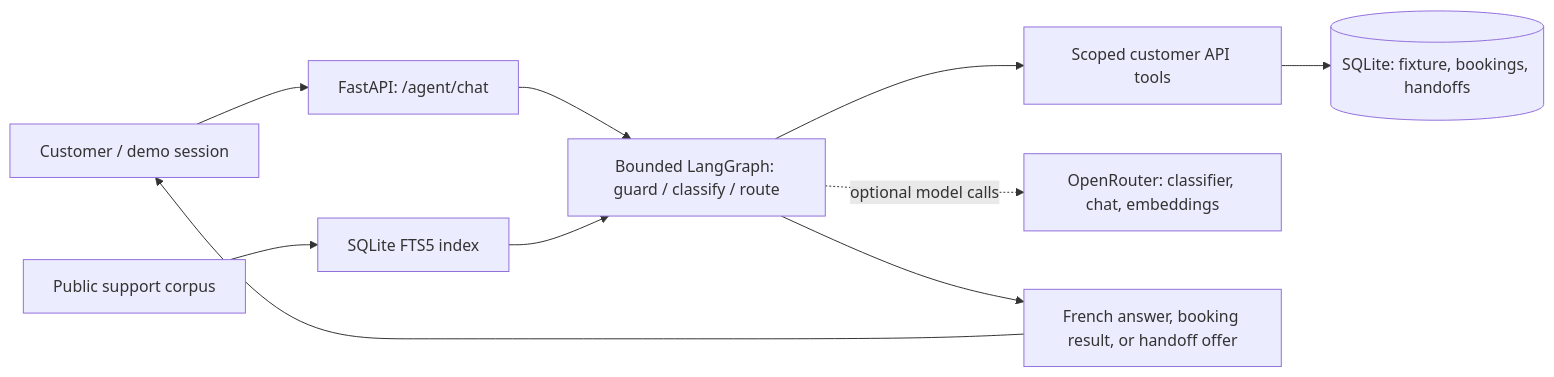
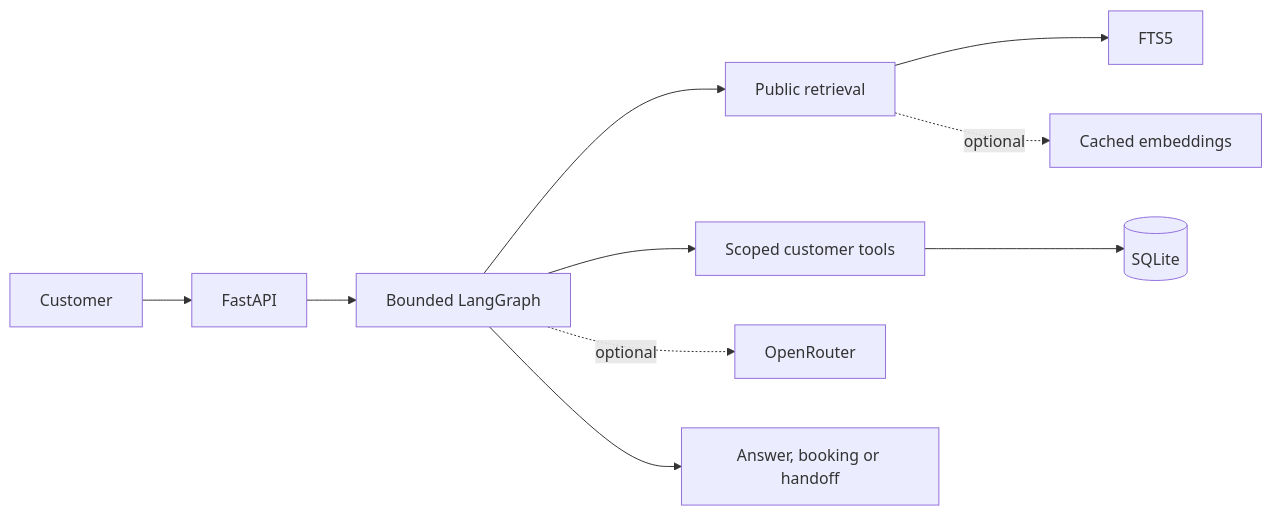
The diagram in README.md (ABDELLAH-Hallou/Neova-Telecom), drawn with Mermaid before and after one commit. The commit also changed other lines of this file, not shown here.

````diff
--- a/README.md
+++ b/README.md
@@ -19,12 +84,12 @@
 ```mermaid
 flowchart LR
-    User[Customer / demo session] --> API[FastAPI: /agent/chat]
-    API --> Graph[Bounded LangGraph: guard / classify / route]
-    Corpus[Public support corpus] --> Index[SQLite FTS5 index]
-    Index --> Graph
-    Graph --> Tools[Scoped customer API tools]
-    Tools --> DB[(SQLite: fixture, bookings, handoffs)]
-    Graph -. optional model calls .-> OR[OpenRouter: classifier, chat, embeddings]
-    Graph --> Reply[French answer, booking result, or handoff offer]
-    Reply --> User
+    U[Customer] --> API[FastAPI]
+    API --> G[Bounded LangGraph]
+    G --> R[Public retrieval]
+    R --> F[FTS5]
+    R -. optional .-> V[Cached embeddings]
+    G --> T[Scoped customer tools]
+    T --> DB[(SQLite)]
+    G -. optional .-> OR[OpenRouter]
+    G --> H[Answer, booking or handoff]
 ```
````
